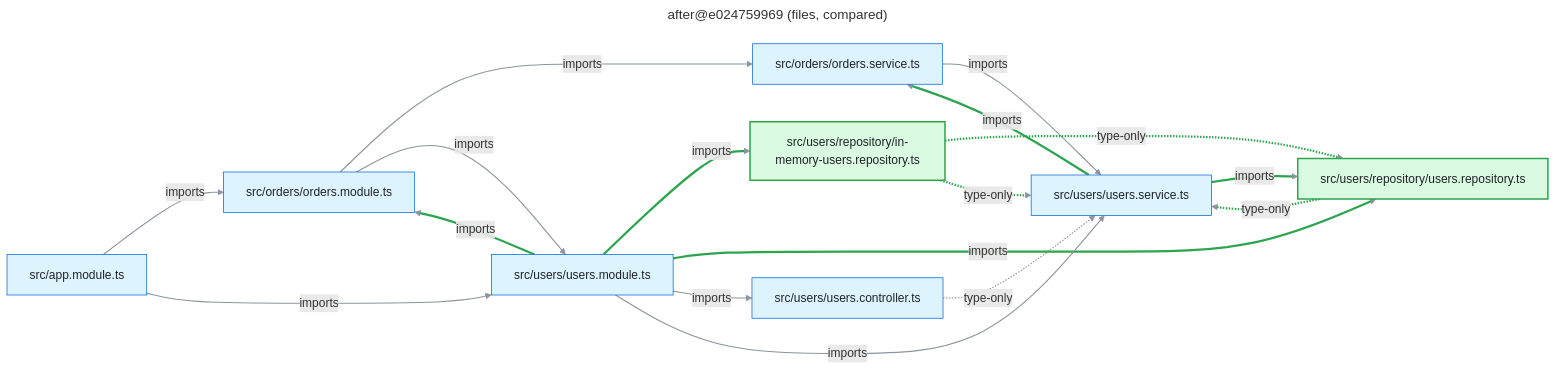
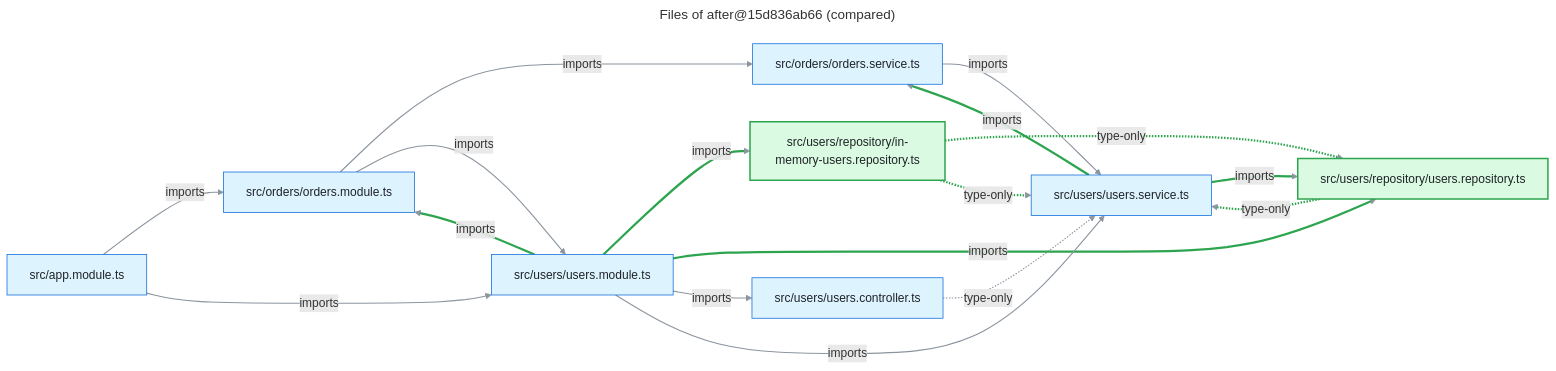
One commit to FullFran/archsieve changed the diagram in examples/nest-shop/files-compare.mmd. Above: the diagram before and after it, drawn with Mermaid. The commit also changed 13 other files, not shown here.

First line of the commit message:
feat(render): titled, budgeted and zoomable diagrams with a markdown view

```diff
--- a/examples/nest-shop/files-compare.mmd
+++ b/examples/nest-shop/files-compare.mmd
@@ -1,42 +1,44 @@
 ---
-title: after@e024759969 (files, compared)
+title: "Files of after@15d836ab66 (compared)"
 ---
 flowchart LR
   n0["src/app.module.ts"]:::code
   n1["src/orders/orders.module.ts"]:::code
   n2["src/orders/orders.service.ts"]:::code
   n3["src/users/repository/in-memory-users.repository.ts"]:::added
   n4["src/users/repository/users.repository.ts"]:::added
   n5["src/users/users.controller.ts"]:::code
   n6["src/users/users.module.ts"]:::code
   n7["src/users/users.service.ts"]:::code
   n0 -->|"imports"| n1
   n0 -->|"imports"| n6
   n1 -->|"imports"| n2
   n1 -->|"imports"| n6
   n2 -->|"imports"| n7
   n3 -.->|"type-only"| n4
   n3 -.->|"type-only"| n7
   n4 -.->|"type-only"| n7
   n5 -.->|"type-only"| n7
   n6 -->|"imports"| n1
   n6 -->|"imports"| n3
   n6 -->|"imports"| n4
   n6 -->|"imports"| n5
   n6 -->|"imports"| n7
   n7 -->|"imports"| n2
   n7 -->|"imports"| n4
   linkStyle default stroke:#8c959f,stroke-width:1.5px
   linkStyle 5 stroke:#2da44e,stroke-width:3px
   linkStyle 6 stroke:#2da44e,stroke-width:3px
   linkStyle 7 stroke:#2da44e,stroke-width:3px
   linkStyle 9 stroke:#2da44e,stroke-width:3px
   linkStyle 10 stroke:#2da44e,stroke-width:3px
   linkStyle 11 stroke:#2da44e,stroke-width:3px
   linkStyle 14 stroke:#2da44e,stroke-width:3px
   linkStyle 15 stroke:#2da44e,stroke-width:3px
   classDef code fill:#ddf4ff,stroke:#0969da,color:#1f2328
   classDef external fill:#fff8c5,stroke:#9a6700,color:#1f2328
   classDef module fill:#fbefff,stroke:#8250df,color:#1f2328
   classDef added fill:#dafbe1,stroke:#2da44e,stroke-width:2px,color:#1f2328
   classDef removed fill:#ffebe9,stroke:#cf222e,stroke-dasharray:4 3,color:#1f2328
+  classDef boundary fill:#f6f8fa,stroke:#57606a,stroke-dasharray:6 4,color:#1f2328
+  classDef focus fill:#ddf4ff,stroke:#0969da,stroke-width:4px,color:#1f2328
```
